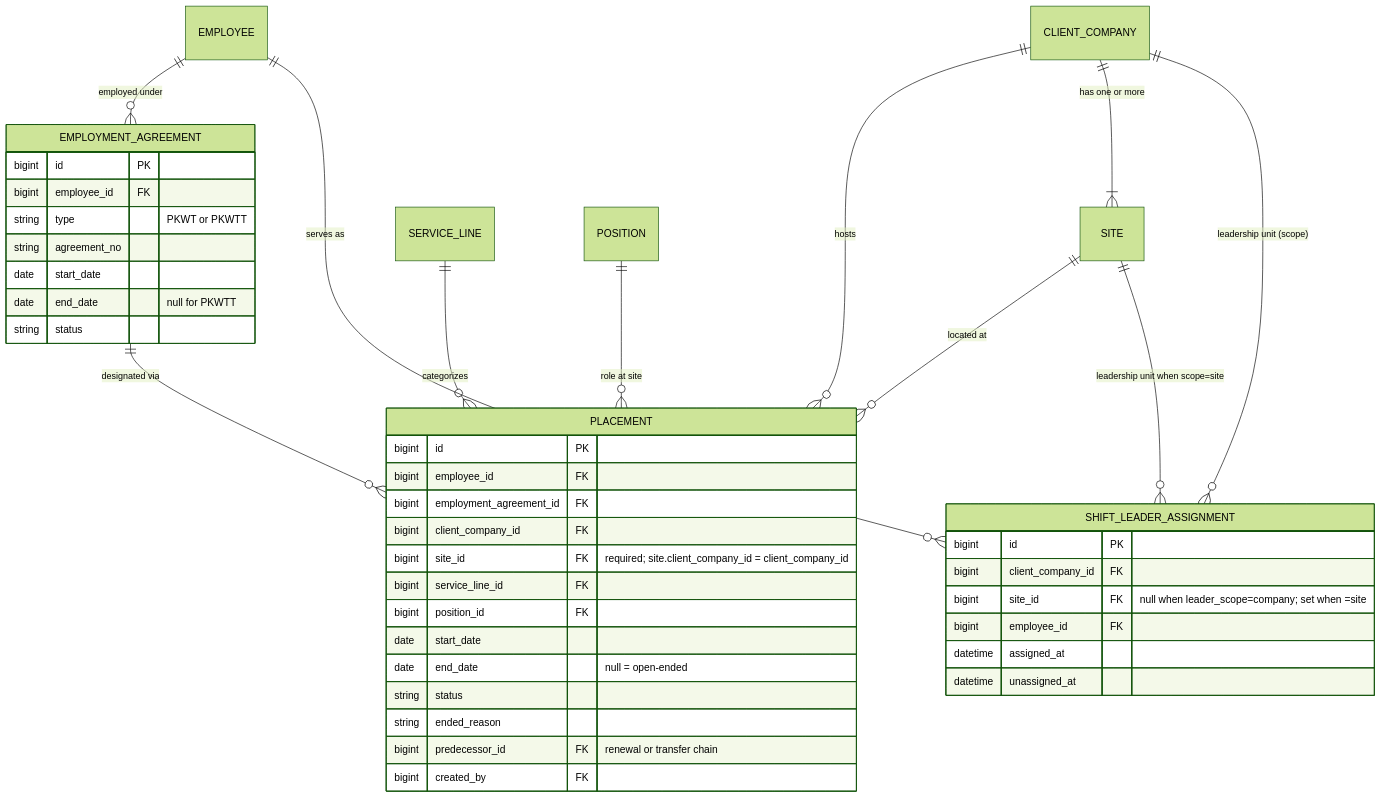
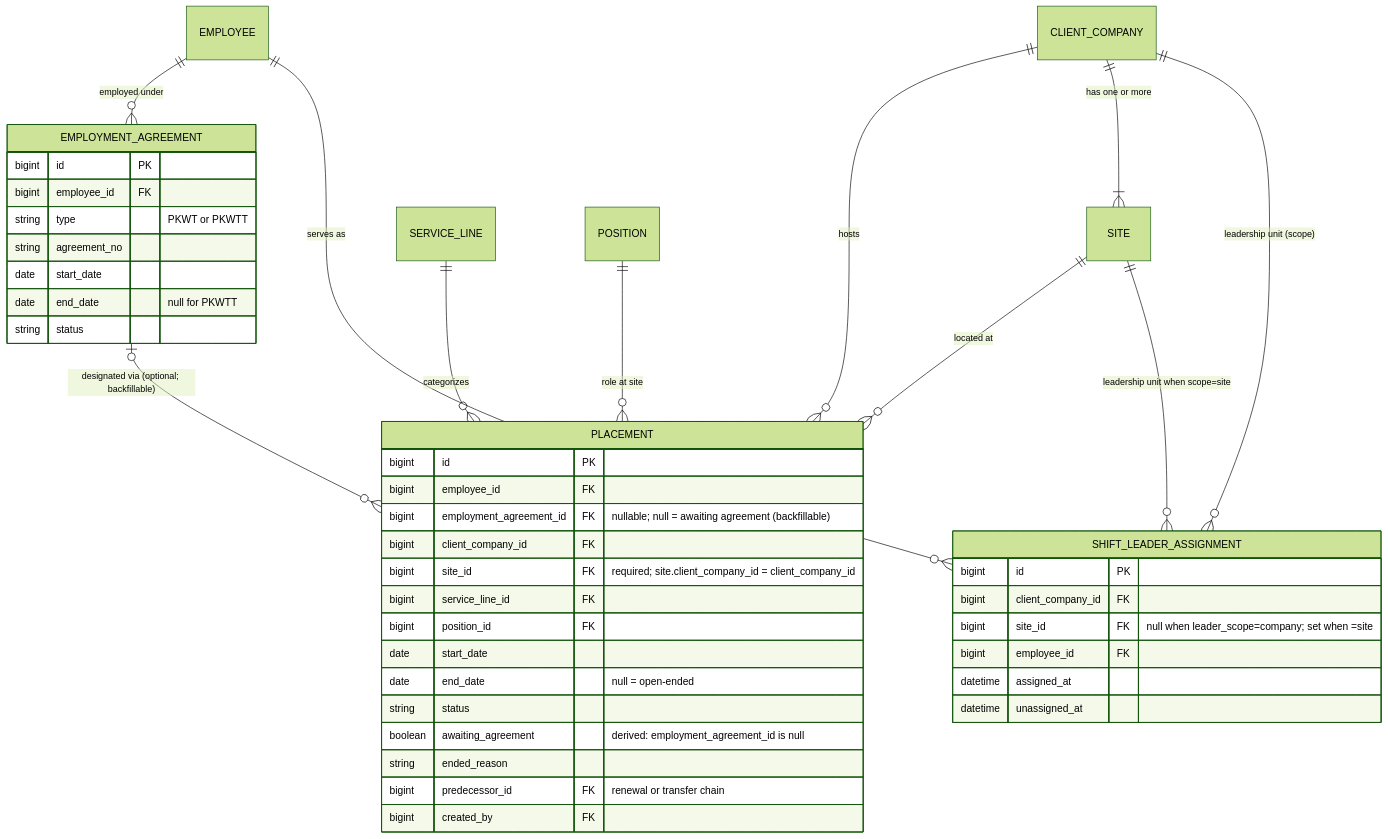
The first of 6 diagrams in docs/epics/E3-placement/FEATURE.md (hariszaki17/hris-outsource), drawn with Mermaid (forest theme) before and after one commit. The commit also changed other lines of this file and 127 other files, not shown here.

````diff
--- a/docs/epics/E3-placement/FEATURE.md
+++ b/docs/epics/E3-placement/FEATURE.md
@@ -29,46 +29,47 @@
 ```mermaid
 erDiagram
     EMPLOYEE ||--o{ EMPLOYMENT_AGREEMENT : "employed under"
-    EMPLOYMENT_AGREEMENT ||--o{ PLACEMENT : "designated via"
+    EMPLOYMENT_AGREEMENT |o--o{ PLACEMENT : "designated via (optional; backfillable)"
     CLIENT_COMPANY ||--o{ PLACEMENT : "hosts"
     CLIENT_COMPANY ||--|{ SITE : "has one or more"
     SITE ||--o{ PLACEMENT : "located at"
     SERVICE_LINE ||--o{ PLACEMENT : "categorizes"
     POSITION ||--o{ PLACEMENT : "role at site"
     CLIENT_COMPANY ||--o{ SHIFT_LEADER_ASSIGNMENT : "leadership unit (scope)"
     SITE ||--o{ SHIFT_LEADER_ASSIGNMENT : "leadership unit when scope=site"
     EMPLOYEE ||--o{ SHIFT_LEADER_ASSIGNMENT : "serves as"
 
     EMPLOYMENT_AGREEMENT {
         bigint id PK
         bigint employee_id FK
         string type "PKWT or PKWTT"
         string agreement_no
         date start_date
         date end_date "null for PKWTT"
         string status
     }
     PLACEMENT {
         bigint id PK
         bigint employee_id FK
-        bigint employment_agreement_id FK
+        bigint employment_agreement_id FK "nullable; null = awaiting agreement (backfillable)"
         bigint client_company_id FK
         bigint site_id FK "required; site.client_company_id = client_company_id"
         bigint service_line_id FK
         bigint position_id FK
         date start_date
         date end_date "null = open-ended"
         string status
+        boolean awaiting_agreement "derived: employment_agreement_id is null"
         string ended_reason
         bigint predecessor_id FK "renewal or transfer chain"
         bigint created_by FK
     }
     SHIFT_LEADER_ASSIGNMENT {
         bigint id PK
         bigint client_company_id FK
         bigint site_id FK "null when leader_scope=company; set when =site"
         bigint employee_id FK
         datetime assigned_at
         datetime unassigned_at
     }
 ```
````
